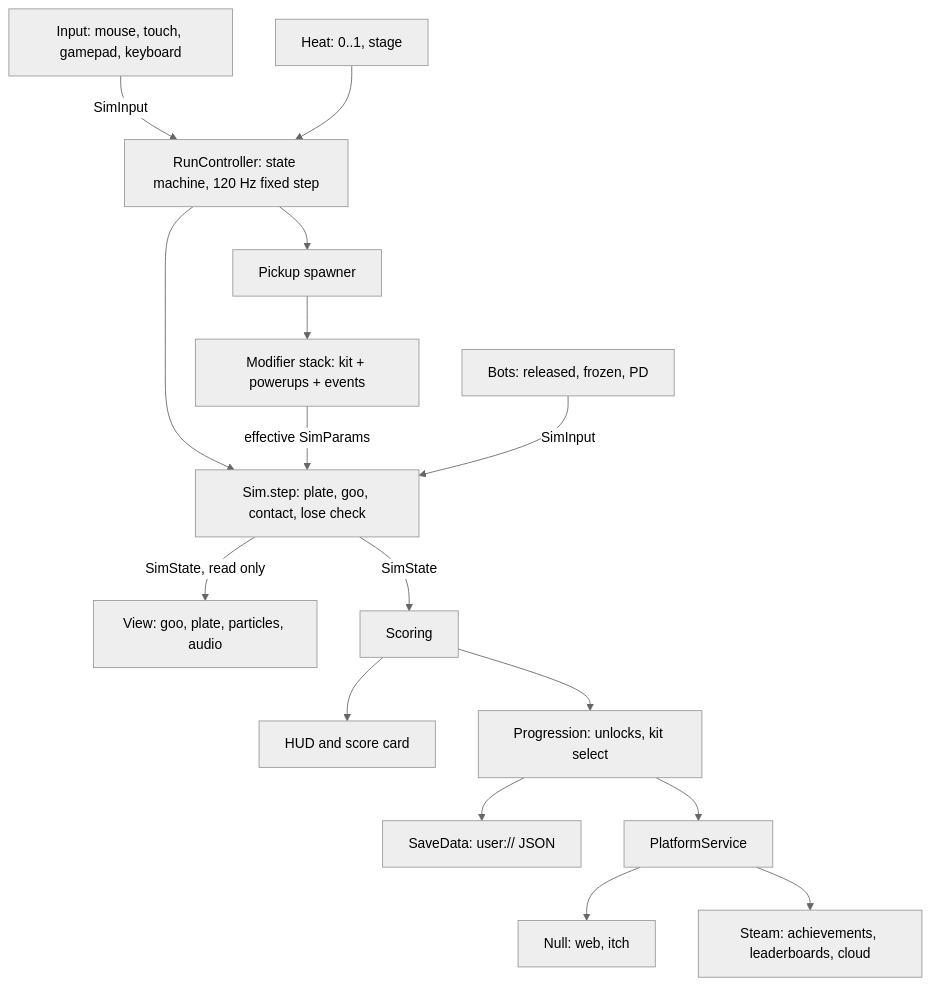
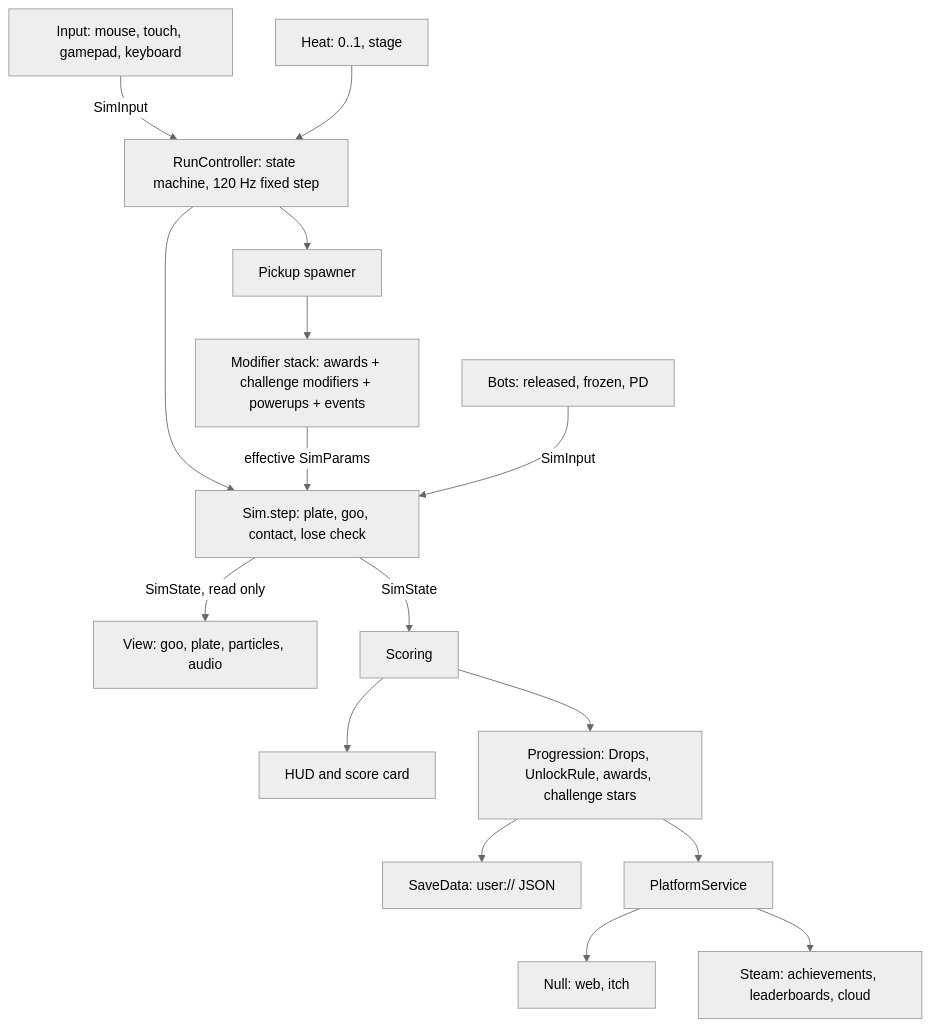
The diagram in ARCHITECTURE.md (Edemkee/slime), drawn with Mermaid (neutral theme) before and after one commit. The commit also changed other lines of this file and 5 other files, not shown here.

First line of the commit message:
Prestige awards, challenge modifiers and challenge levels (v0.1.2)

````diff
--- a/ARCHITECTURE.md
+++ b/ARCHITECTURE.md
@@ -32,18 +32,18 @@
 ```mermaid
 flowchart TD
     Input[Input: mouse, touch, gamepad, keyboard] -->|SimInput| Run[RunController: state machine, 120 Hz fixed step]
     Heat[Heat: 0..1, stage] --> Run
     Run --> Sim[Sim.step: plate, goo, contact, lose check]
-    Mods[Modifier stack: kit + powerups + events] -->|effective SimParams| Sim
+    Mods[Modifier stack: awards + challenge modifiers + powerups + events] -->|effective SimParams| Sim
     Run --> Pickups[Pickup spawner]
     Pickups --> Mods
     Sim -->|SimState, read only| View[View: goo, plate, particles, audio]
     Sim -->|SimState| Score[Scoring]
     Score --> HUD[HUD and score card]
-    Score --> Prog[Progression: unlocks, kit select]
+    Score --> Prog[Progression: Drops, UnlockRule, awards, challenge stars]
     Prog --> Save[SaveData: user:// JSON]
     Prog --> Platform[PlatformService]
     Platform --> Null[Null: web, itch]
     Platform --> Steam[Steam: achievements, leaderboards, cloud]
     Bots[Bots: released, frozen, PD] -->|SimInput| Sim
 ```
````
